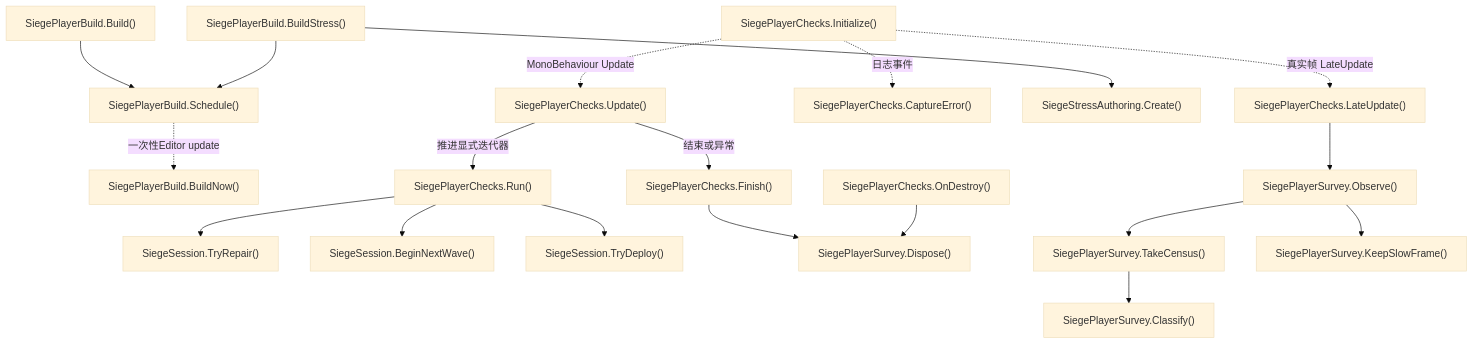
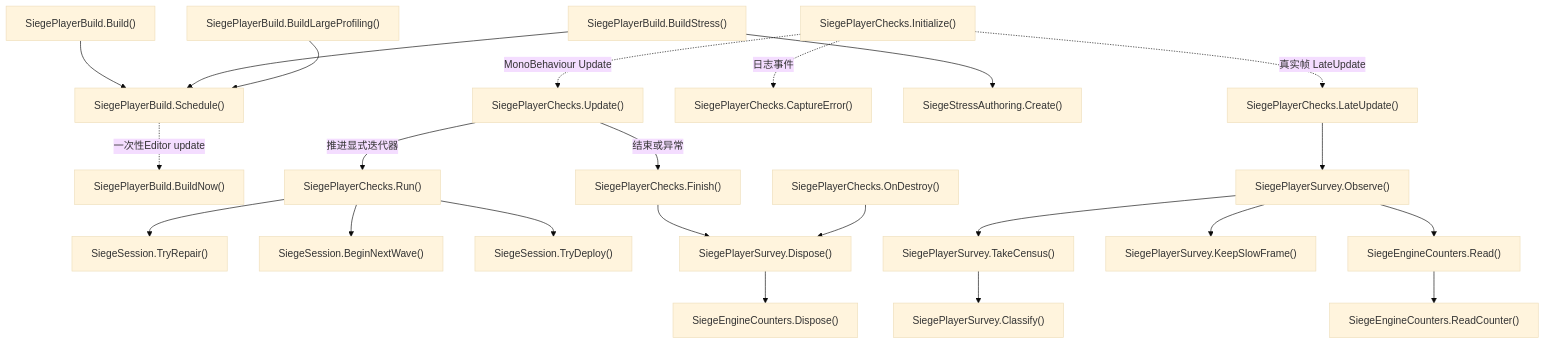
Before and after one commit to kukudia/HY-Sandbox: diagram 35 of 38 in Docs/RuntimeFlow.md, drawn with Mermaid (base theme). The commit also changed other lines of this file and 27 other files, not shown here.

First line of the commit message:
Probe optional engine counters in isolated Siege profiling Player

````diff
--- a/Docs/RuntimeFlow.md
+++ b/Docs/RuntimeFlow.md
@@ -3208,61 +3208,73 @@
 ```mermaid
 flowchart TD
     A["SiegePlayerBuild.Build()"]
     click A "../Assets/Editor/Siege/SiegePlayerBuild.cs#L16" "打开源码"
     B["SiegePlayerBuild.BuildNow()"]
-    click B "../Assets/Editor/Siege/SiegePlayerBuild.cs#L62" "打开源码"
+    click B "../Assets/Editor/Siege/SiegePlayerBuild.cs#L73" "打开源码"
     C["SiegePlayerChecks.Initialize()"]
     click C "../Assets/Scripts/Features/Siege/SiegePlayerChecks.cs#L28" "打开源码"
     D["SiegePlayerChecks.Update()"]
-    click D "../Assets/Scripts/Features/Siege/SiegePlayerChecks.cs#L69" "打开源码"
+    click D "../Assets/Scripts/Features/Siege/SiegePlayerChecks.cs#L71" "打开源码"
     E["SiegePlayerChecks.Run()"]
-    click E "../Assets/Scripts/Features/Siege/SiegePlayerChecks.cs#L114" "打开源码"
+    click E "../Assets/Scripts/Features/Siege/SiegePlayerChecks.cs#L116" "打开源码"
     F["SiegePlayerChecks.LateUpdate()"]
-    click F "../Assets/Scripts/Features/Siege/SiegePlayerChecks.cs#L90" "打开源码"
+    click F "../Assets/Scripts/Features/Siege/SiegePlayerChecks.cs#L92" "打开源码"
     G["SiegePlayerChecks.Finish()"]
-    click G "../Assets/Scripts/Features/Siege/SiegePlayerChecks.cs#L308" "打开源码"
+    click G "../Assets/Scripts/Features/Siege/SiegePlayerChecks.cs#L310" "打开源码"
     H["SiegeSession.TryRepair()"]
     click H "../Assets/Scripts/Features/Siege/SiegeSession.cs#L101" "打开源码"
     I["SiegeSession.BeginNextWave()"]
     click I "../Assets/Scripts/Features/Siege/SiegeSession.cs#L74" "打开源码"
     J["SiegeSession.TryDeploy()"]
     click J "../Assets/Scripts/Features/Siege/SiegeSession.cs#L88" "打开源码"
     K["SiegePlayerChecks.CaptureError()"]
-    click K "../Assets/Scripts/Features/Siege/SiegePlayerChecks.cs#L300" "打开源码"
+    click K "../Assets/Scripts/Features/Siege/SiegePlayerChecks.cs#L302" "打开源码"
     L["SiegePlayerBuild.BuildStress()"]
     click L "../Assets/Editor/Siege/SiegePlayerBuild.cs#L22" "打开源码"
     M["SiegeStressAuthoring.Create()"]
     click M "../Assets/Editor/Siege/SiegeStressAuthoring.cs#L18" "打开源码"
     N["SiegePlayerBuild.Schedule()"]
-    click N "../Assets/Editor/Siege/SiegePlayerBuild.cs#L42" "打开源码"
+    click N "../Assets/Editor/Siege/SiegePlayerBuild.cs#L53" "打开源码"
     O["SiegePlayerSurvey.Observe()"]
-    click O "../Assets/Scripts/Features/Siege/SiegePlayerSurvey.cs#L36" "打开源码"
+    click O "../Assets/Scripts/Features/Siege/SiegePlayerSurvey.cs#L39" "打开源码"
     P["SiegePlayerSurvey.Classify()"]
-    click P "../Assets/Scripts/Features/Siege/SiegePlayerSurvey.cs#L71" "打开源码"
+    click P "../Assets/Scripts/Features/Siege/SiegePlayerSurvey.cs#L75" "打开源码"
     Q["SiegePlayerSurvey.Dispose()"]
-    click Q "../Assets/Scripts/Features/Siege/SiegePlayerSurvey.cs#L206" "打开源码"
+    click Q "../Assets/Scripts/Features/Siege/SiegePlayerSurvey.cs#L210" "打开源码"
     R["SiegePlayerChecks.OnDestroy()"]
-    click R "../Assets/Scripts/Features/Siege/SiegePlayerChecks.cs#L108" "打开源码"
+    click R "../Assets/Scripts/Features/Siege/SiegePlayerChecks.cs#L110" "打开源码"
     S["SiegePlayerSurvey.TakeCensus()"]
-    click S "../Assets/Scripts/Features/Siege/SiegePlayerSurvey.cs#L124" "打开源码"
+    click S "../Assets/Scripts/Features/Siege/SiegePlayerSurvey.cs#L128" "打开源码"
     T["SiegePlayerSurvey.KeepSlowFrame()"]
-    click T "../Assets/Scripts/Features/Siege/SiegePlayerSurvey.cs#L152" "打开源码"
+    click T "../Assets/Scripts/Features/Siege/SiegePlayerSurvey.cs#L156" "打开源码"
+    U["SiegeEngineCounters.Read()"]
+    click U "../Assets/Scripts/Features/Siege/SiegeEngineCounters.cs#L60" "打开源码"
+    V["SiegeEngineCounters.ReadCounter()"]
+    click V "../Assets/Scripts/Features/Siege/SiegeEngineCounters.cs#L81" "打开源码"
+    W["SiegeEngineCounters.Dispose()"]
+    click W "../Assets/Scripts/Features/Siege/SiegeEngineCounters.cs#L122" "打开源码"
+    X["SiegePlayerBuild.BuildLargeProfiling()"]
+    click X "../Assets/Editor/Siege/SiegePlayerBuild.cs#L42" "打开源码"
     A --> N
     L --> M
     L --> N
     N -.->|一次性Editor update| B
     C -.->|MonoBehaviour Update| D
     D -->|推进显式迭代器| E
     E --> H
     E --> I
     E --> J
     C -.->|真实帧 LateUpdate| F
     C -.->|日志事件| K
     D -->|结束或异常| G
     F --> O
     O --> S
     S --> P
     O --> T
     G --> Q
     R --> Q
+    O --> U
+    U --> V
+    Q --> W
+    X --> N
 ```
````
